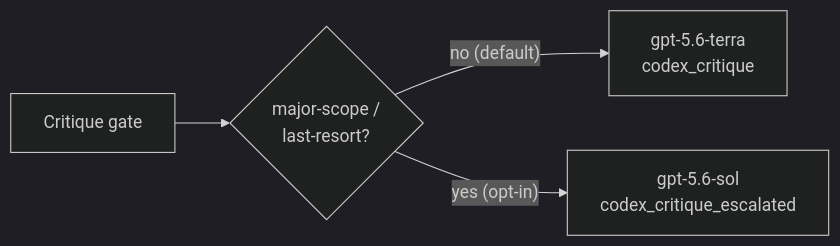
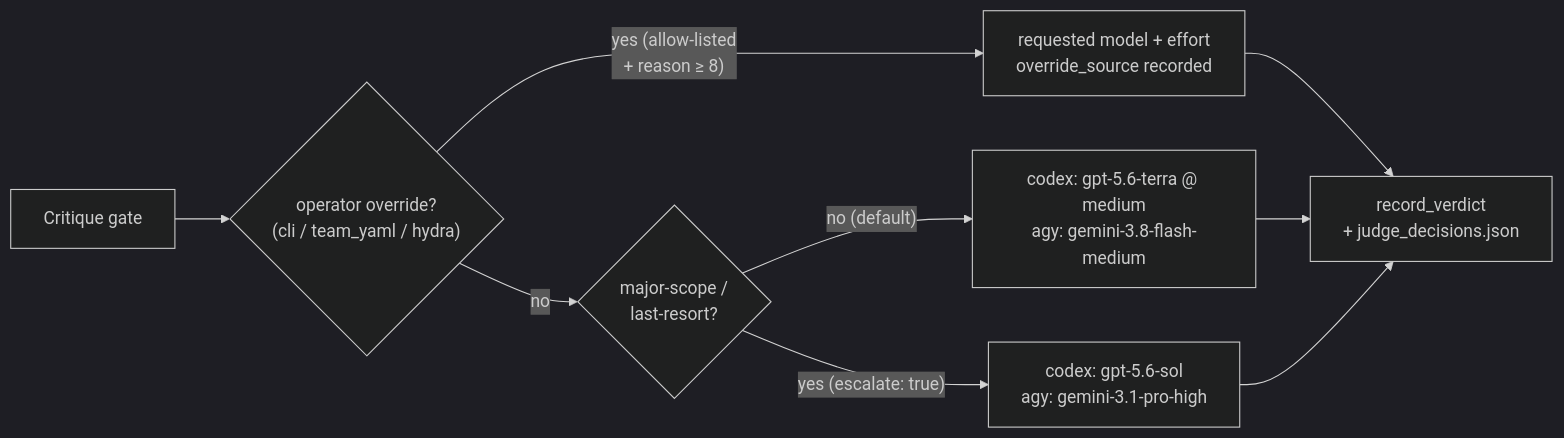
The fifth of 7 diagrams in ARCHITECTURE.md (lebobo88/pair-programmer), drawn with Mermaid before and after one commit. The commit also changed other lines of this file and 11 other files, not shown here.

````diff
--- a/ARCHITECTURE.md
+++ b/ARCHITECTURE.md
@@ -331,7 +375,12 @@
 ```mermaid
 %%{init: {'theme':'dark'}}%%
 flowchart LR
-    GATE["Critique gate"] --> DEF{"major-scope /<br/>last-resort?"}
-    DEF -- "no (default)" --> G56T["gpt-5.6-terra<br/>codex_critique"]
-    DEF -- "yes (opt-in)" --> G56S["gpt-5.6-sol<br/>codex_critique_escalated"]
+    GATE["Critique gate"] --> OV{"operator override?<br/>(cli / team_yaml / hydra)"}
+    OV -- "yes (allow-listed<br/>+ reason ≥ 8)" --> PIN["requested model + effort<br/>override_source recorded"]
+    OV -- "no" --> DEF{"major-scope /<br/>last-resort?"}
+    DEF -- "no (default)" --> D["codex: gpt-5.6-terra @ medium<br/>agy: gemini-3.8-flash-medium"]
+    DEF -- "yes (escalate: true)" --> E["codex: gpt-5.6-sol<br/>agy: gemini-3.1-pro-high"]
+    PIN --> REC["record_verdict<br/>+ judge_decisions.json"]
+    D --> REC
+    E --> REC
 ```
````
